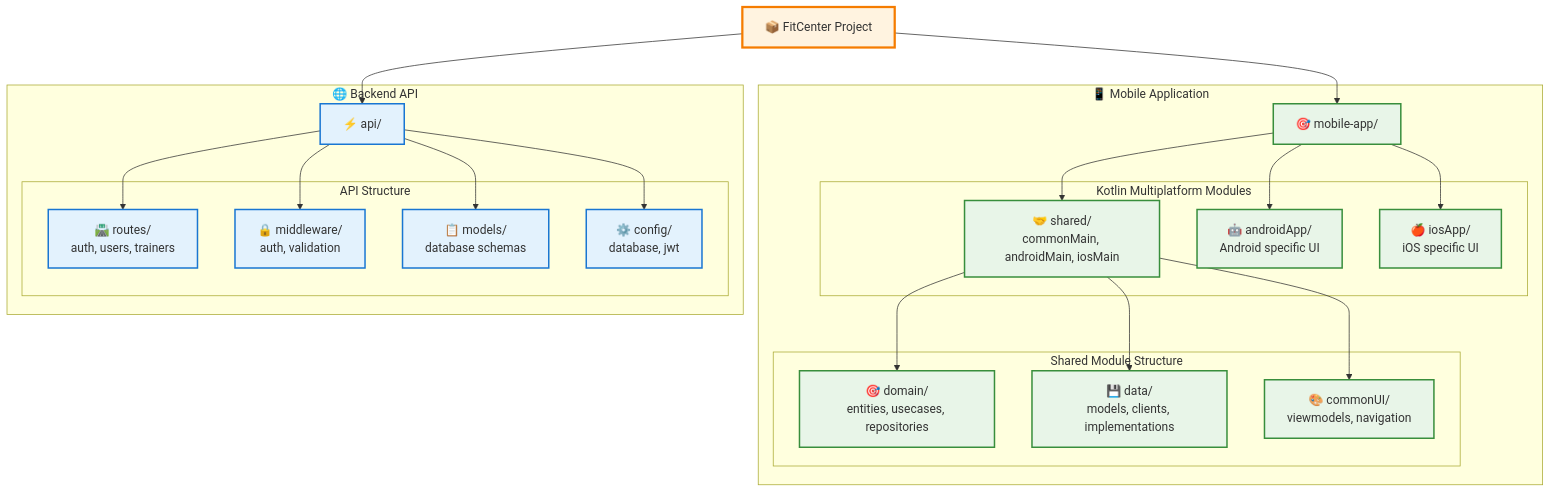
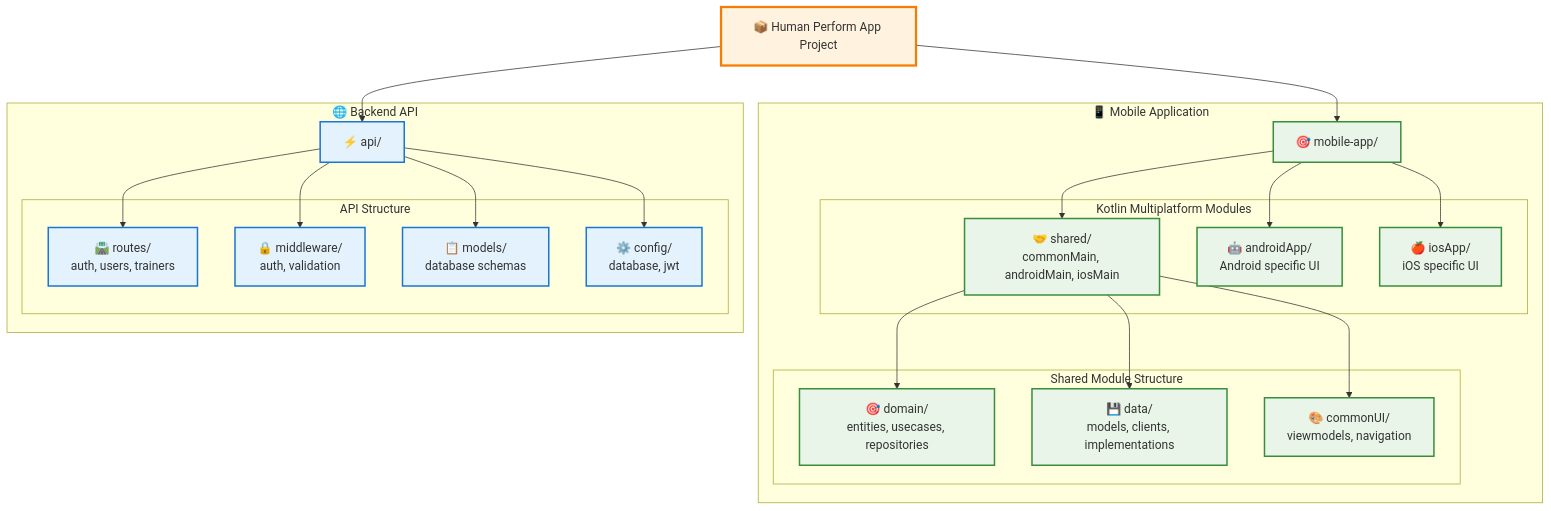
One commit to asobrados03/HumanPerformMobileApp changed the fifth of 5 diagrams in README.md. Above: the diagram before and after it, drawn with Mermaid.

````diff
--- a/README.md
+++ b/README.md
@@ -243,53 +243,53 @@
 ```mermaid
 graph TD
-    ROOT[📦 FitCenter Project]
+    ROOT[📦 Human Perform App Project]
     
     subgraph "📱 Mobile Application"
         MOBILE[🎯 mobile-app/]
         
         subgraph "Kotlin Multiplatform Modules"
             SHARED[🤝 shared/<br/>commonMain, androidMain, iosMain]
             ANDROID[🤖 androidApp/<br/>Android specific UI]
             IOS[🍎 iosApp/<br/>iOS specific UI]
         end
         
         subgraph "Shared Module Structure"
             DOMAIN_MOD[🎯 domain/<br/>entities, usecases, repositories]
             DATA_MOD[💾 data/<br/>models, clients, implementations]
             COMMON_UI_MOD[🎨 commonUI/<br/>viewmodels, navigation]
         end
     end
     
     subgraph "🌐 Backend API"
         API_ROOT[⚡ api/]
         
         subgraph "API Structure"
             ROUTES[🛣️ routes/<br/>auth, users, trainers]
             MIDDLEWARE[🔒 middleware/<br/>auth, validation]
             MODELS[📋 models/<br/>database schemas]
             CONFIG[⚙️ config/<br/>database, jwt]
         end
     end
     
     ROOT --> MOBILE
     ROOT --> API_ROOT
     MOBILE --> SHARED
     MOBILE --> ANDROID
     MOBILE --> IOS
     SHARED --> DOMAIN_MOD
     SHARED --> DATA_MOD  
     SHARED --> COMMON_UI_MOD
     API_ROOT --> ROUTES
     API_ROOT --> MIDDLEWARE
     API_ROOT --> MODELS
     API_ROOT --> CONFIG
     
     classDef rootStyle fill:#fff3e0,stroke:#f57c00,stroke-width:3px
     classDef mobileStyle fill:#e8f5e8,stroke:#388e3c,stroke-width:2px
     classDef backendStyle fill:#e3f2fd,stroke:#1976d2,stroke-width:2px
     classDef moduleStyle fill:#fce4ec,stroke:#c2185b,stroke-width:1px
     
     class ROOT rootStyle
     class MOBILE,SHARED,ANDROID,IOS,DOMAIN_MOD,DATA_MOD,COMMON_UI_MOD mobileStyle
     class API_ROOT,ROUTES,MIDDLEWARE,MODELS,CONFIG backendStyle
 ```
````
